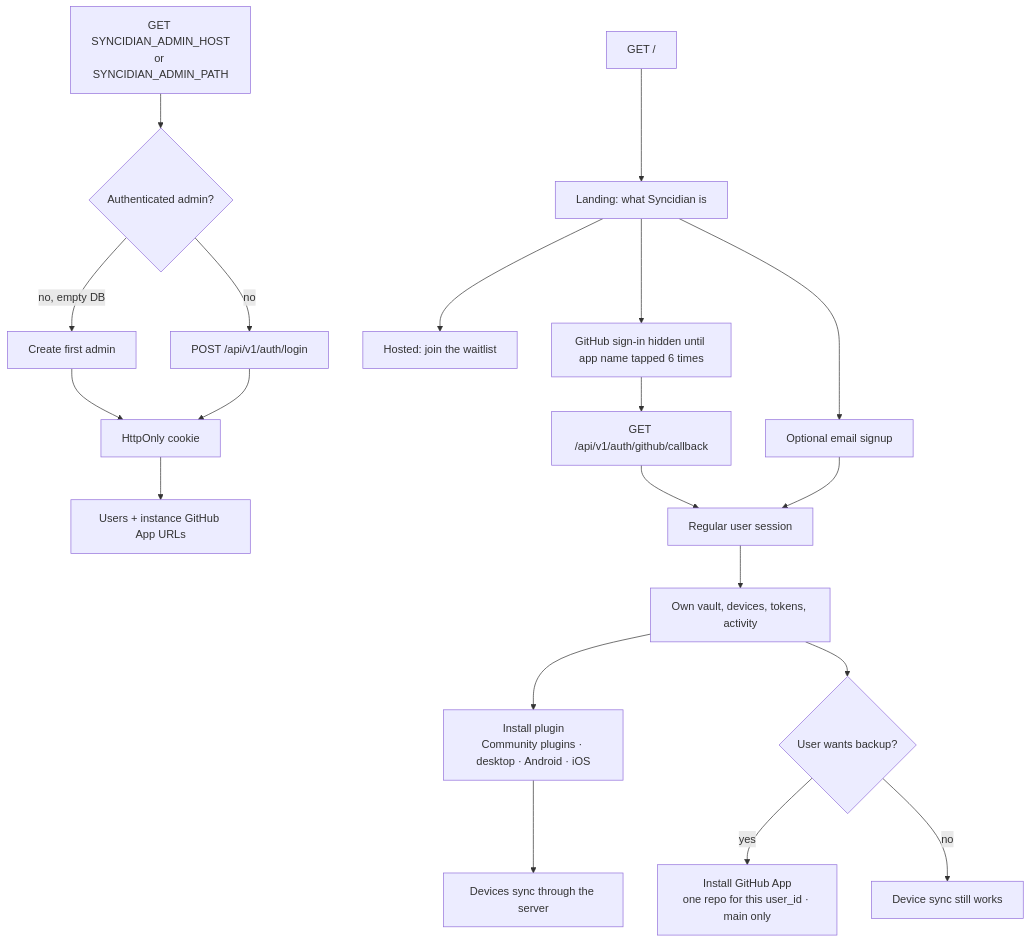
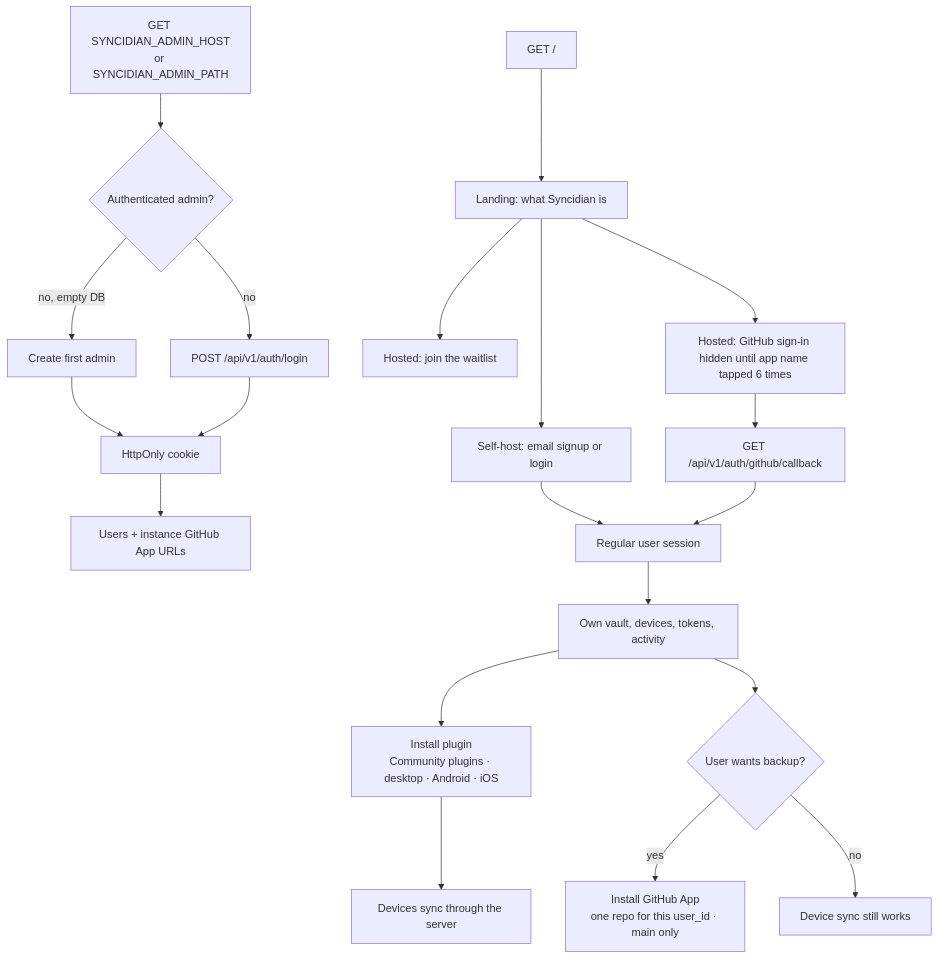
Before and after one commit to shangeethsivan/Syncidian: the fourth of 13 diagrams in docs/architecture.md, drawn with Mermaid. The commit also changed other lines of this file and 14 other files, not shown here.

First line of the commit message:
Use GitHub on Syncidian.com and email on self-hosted hosts.

````diff
--- a/docs/architecture.md
+++ b/docs/architecture.md
@@ -139,24 +139,24 @@
 ```mermaid
 flowchart TD
   Open["GET /"] --> Land["Landing: what Syncidian is"]
   Land --> Wait["Hosted: join the waitlist"]
-  Land --> GH["GitHub sign-in hidden until app name tapped 6 times"]
-  Land --> Email["Optional email signup"]
+  Land --> Email["Self-host: email signup or login"]
+  Land --> GH["Hosted: GitHub sign-in hidden until app name tapped 6 times"]
 
   Ops["GET SYNCIDIAN_ADMIN_HOST<br/>or SYNCIDIAN_ADMIN_PATH"] --> Auth{"Authenticated admin?"}
   Auth -->|no, empty DB| Form["Create first admin"]
   Auth -->|no| Login["POST /api/v1/auth/login"]
   Form --> Cookie["HttpOnly cookie"]
   Login --> Cookie
   Cookie --> Manage["Users + instance GitHub App URLs"]
 
+  Email --> User["Regular user session"]
   GH --> OAuth["GET /api/v1/auth/github/callback"]
-  OAuth --> User["Regular user session"]
-  Email --> User
+  OAuth --> User
   User --> Own["Own vault, devices, tokens, activity"]
   Own --> Plug["Install plugin<br/>Community plugins · desktop · Android · iOS"]
   Plug --> Sync["Devices sync through the server"]
   Own --> Backup{"User wants backup?"}
   Backup -->|yes| One["Install GitHub App<br/>one repo for this user_id · main only"]
   Backup -->|no| SyncOnly["Device sync still works"]
 ```
````
